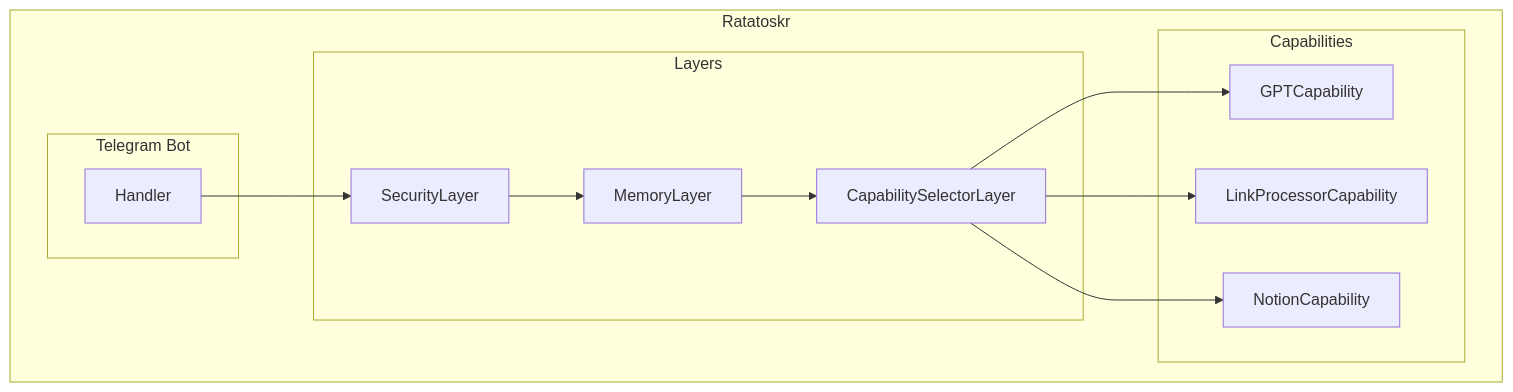
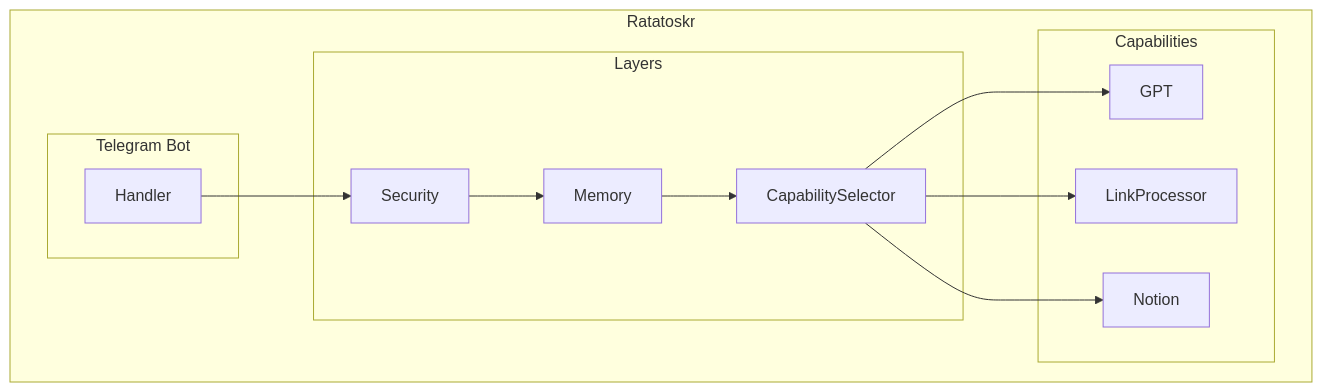
Before and after one commit to divanvisagie/ratatoskr: the first of 2 diagrams in README.md, drawn with Mermaid.

Commit message:
Update chart

````diff
--- a/README.md
+++ b/README.md
@@ -64,26 +64,26 @@
 ```mermaid
 
-graph TD
+graph
     subgraph Ratatoskr
         subgraph Telegram Bot
             H[Handler]
         end
         subgraph Layers
-            SL[SecurityLayer]
-            ML[MemoryLayer]
-            CS[CapabilitySelectorLayer]
+            SL[Security]
+            ML[Memory]
+            CS[CapabilitySelector]
         end
         subgraph Capabilities
-            G[GPTCapability]
-            C[LinkProcessorCapability]
-            N[NotionCapability]
+            G[GPT]
+            C[LinkProcessor]
+            N[Notion]
         end
         H --> SL
         SL --> ML
         ML --> CS
         CS --> G
         CS --> C
         CS --> N
     end
 
 ```
````
